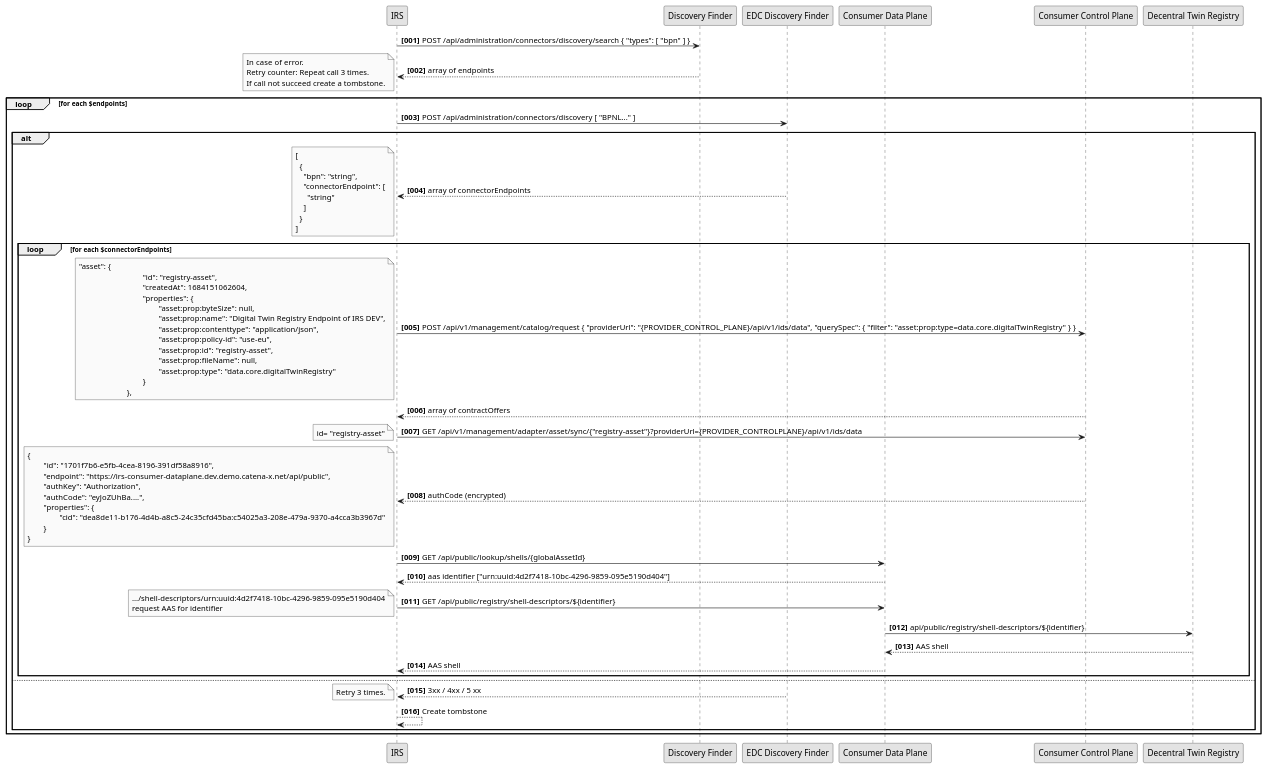
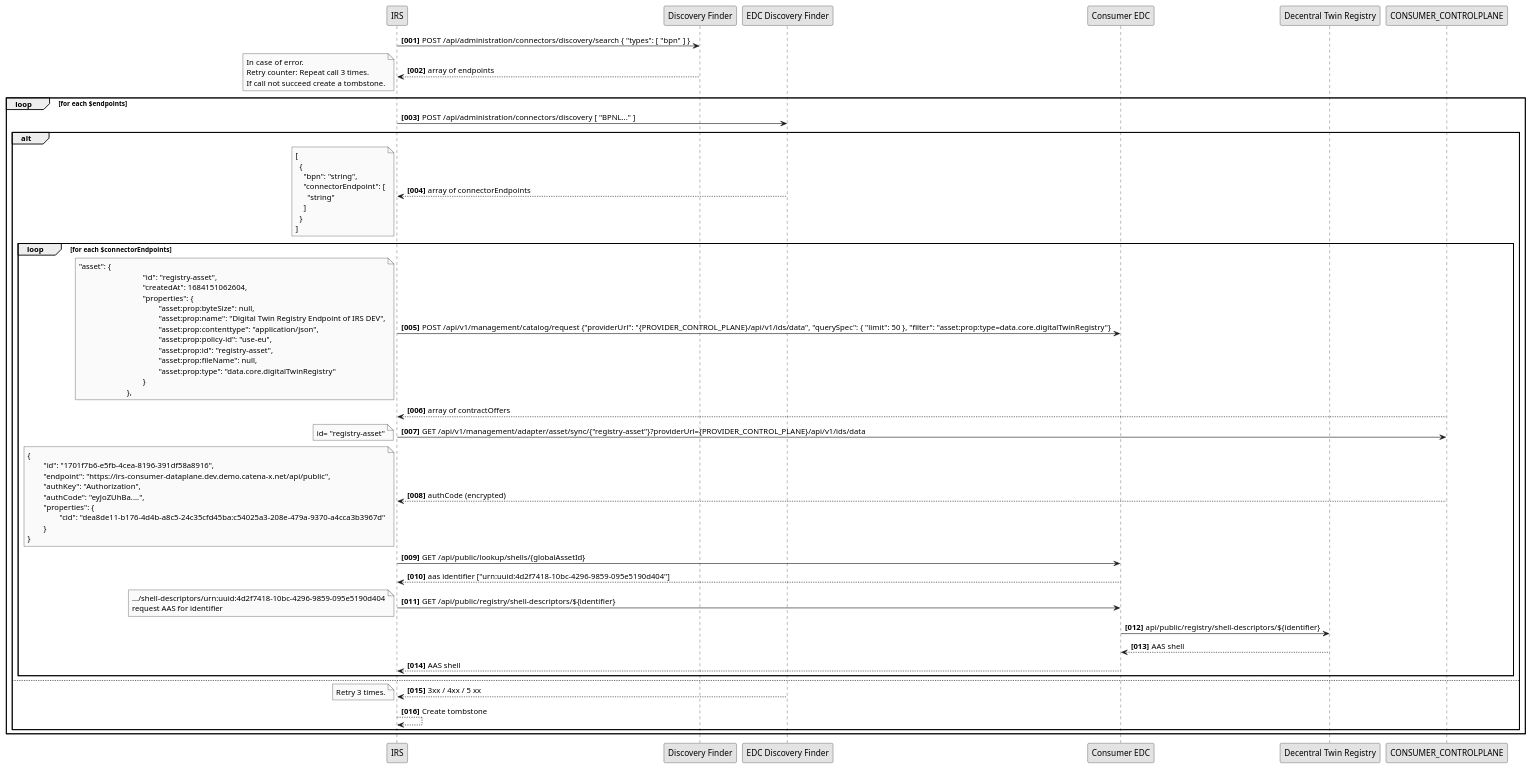
Before and after one commit to eclipse-tractusx/item-relationship-service: the diagram in uml-diagrams/decentral-twin-registry/decentral-digital-registry.puml, drawn with PlantUML.

Commit message:
chore(uml):[TRI-1241] abstract the edc process a bit

```diff
--- a/uml-diagrams/decentral-twin-registry/decentral-digital-registry.puml
+++ b/uml-diagrams/decentral-twin-registry/decentral-digital-registry.puml
@@ -1,99 +1,98 @@
 @startuml
 skinparam monochrome true
 skinparam shadowing false
 
 
 autonumber "<b>[000]"
 
 participant "IRS" as IRS
 participant "Discovery Finder" as DCF
 participant "EDC Discovery Finder" as EDCDF
-participant "Consumer Data Plane" as CONSUMER_DATA_PLANE
-participant "Consumer Control Plane" as CONSUMER_CONTROLPLANE
+participant "Consumer EDC" as CONSUMER_EDC
 participant "Decentral Twin Registry" as DTR
 
 IRS -> DCF: POST /api/administration/connectors/discovery/search { "types": [ "bpn" ] }
 IRS <-- DCF: array of endpoints
 note left
     In case of error.
     Retry counter: Repeat call 3 times.
     If call not succeed create a tombstone.
 end note
 loop for each $endpoints
     IRS -> EDCDF : POST /api/administration/connectors/discovery [ "BPNL..." ]
     alt
          IRS <-- EDCDF : array of connectorEndpoints
          note left
                  [
                    {
                      "bpn": "string",
                      "connectorEndpoint": [
                        "string"
                      ]
                    }
                  ]
          end note
          loop for each $connectorEndpoints
-             IRS -> CONSUMER_CONTROLPLANE: POST /api/v1/management/catalog/request { "providerUrl": "{PROVIDER_CONTROL_PLANE}/api/v1/ids/data", "querySpec": { "filter": "asset:prop:type=data.core.digitalTwinRegistry" } }
+             IRS -> CONSUMER_EDC: POST /api/v1/management/catalog/request {"providerUrl": "{PROVIDER_CONTROL_PLANE}/api/v1/ids/data", "querySpec": { "limit": 50 }, "filter": "asset:prop:type=data.core.digitalTwinRegistry"}
              note left
                 "asset": {
                 				"id": "registry-asset",
                 				"createdAt": 1684151062604,
                 				"properties": {
                 					"asset:prop:byteSize": null,
                 					"asset:prop:name": "Digital Twin Registry Endpoint of IRS DEV",
                 					"asset:prop:contenttype": "application/json",
                 					"asset:prop:policy-id": "use-eu",
                 					"asset:prop:id": "registry-asset",
                 					"asset:prop:fileName": null,
                 					"asset:prop:type": "data.core.digitalTwinRegistry"
                 				}
                 			},
              end note
              IRS <-- CONSUMER_CONTROLPLANE: array of contractOffers
 
-             IRS -> CONSUMER_CONTROLPLANE: GET /api/v1/management/adapter/asset/sync/{"registry-asset"}?providerUrl={PROVIDER_CONTROLPLANE}/api/v1/ids/data
+             IRS -> CONSUMER_CONTROLPLANE: GET /api/v1/management/adapter/asset/sync/{"registry-asset"}?providerUrl={PROVIDER_CONTROL_PLANE}/api/v1/ids/data
              note left
                 id= "registry-asset"
              end note
              IRS <-- CONSUMER_CONTROLPLANE: authCode (encrypted)
              note left
                  {
                  	"id": "1701f7b6-e5fb-4cea-8196-391df58a8916",
                  	"endpoint": "https://irs-consumer-dataplane.dev.demo.catena-x.net/api/public",
                  	"authKey": "Authorization",
                  	"authCode": "eyJoZUhBa....",
                  	"properties": {
                  		"cid": "dea8de11-b176-4d4b-a8c5-24c35cfd45ba:c54025a3-208e-479a-9370-a4cca3b3967d"
                  	}
                  }
              end note
-             IRS -> CONSUMER_DATA_PLANE: GET /api/public/lookup/shells/{globalAssetId}
-             IRS <-- CONSUMER_DATA_PLANE: aas identifier ["urn:uuid:4d2f7418-10bc-4296-9859-095e5190d404"]
+             IRS -> CONSUMER_EDC: GET /api/public/lookup/shells/{globalAssetId}
+             IRS <-- CONSUMER_EDC: aas identifier ["urn:uuid:4d2f7418-10bc-4296-9859-095e5190d404"]
 
-             IRS -> CONSUMER_DATA_PLANE : GET /api/public/registry/shell-descriptors/${identifier}
+             IRS -> CONSUMER_EDC : GET /api/public/registry/shell-descriptors/${identifier}
              note left
                   .../shell-descriptors/urn:uuid:4d2f7418-10bc-4296-9859-095e5190d404
                   request AAS for identifier
              end note
-             CONSUMER_DATA_PLANE -> DTR : api/public/registry/shell-descriptors/${identifier}
-             CONSUMER_DATA_PLANE <-- DTR: AAS shell
-             IRS <-- CONSUMER_DATA_PLANE: AAS shell
+             CONSUMER_EDC -> DTR : api/public/registry/shell-descriptors/${identifier}
+             CONSUMER_EDC <-- DTR: AAS shell
+             IRS <-- CONSUMER_EDC: AAS shell
          end loop
     else
           IRS <-- EDCDF : 3xx / 4xx / 5 xx
           note left
                 Retry 3 times.
           end note
           IRS --> IRS : Create tombstone
     end alt
 
 
 end loop
 
 
 
 
 
 
 @enduml
```
